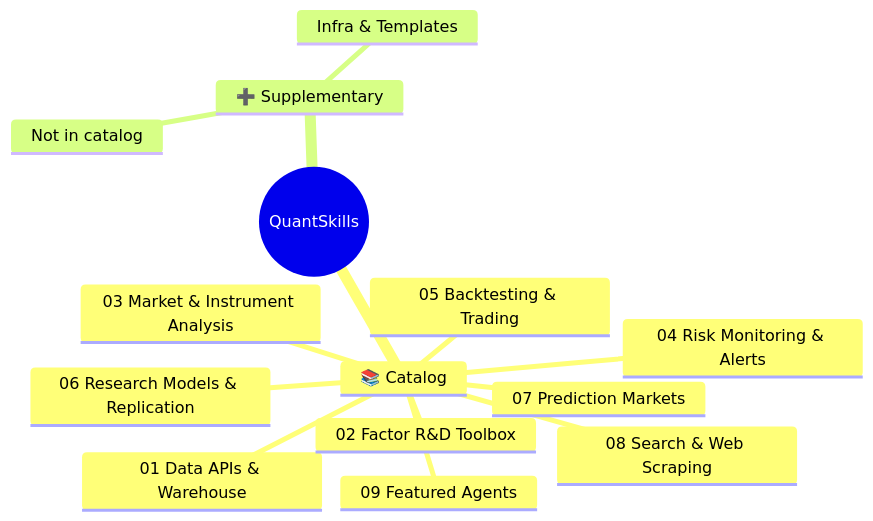
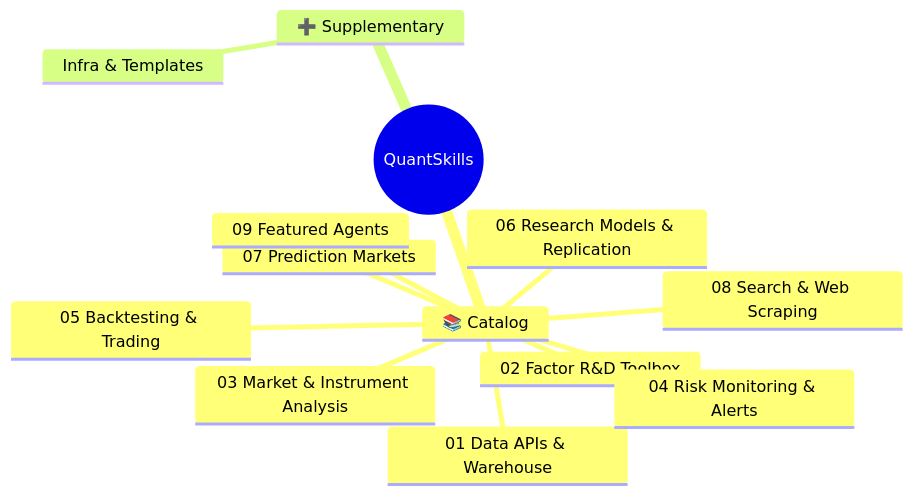
Before and after one commit to quantskills/quantskills: the diagram in README.en.md, drawn with Mermaid. The commit also changed other lines of this file and 2 other files, not shown here.

````diff
--- a/README.en.md
+++ b/README.en.md
@@ -14,17 +14,16 @@
 ```mermaid
 mindmap
   root((QuantSkills))
     📚 Catalog
       01 Data APIs & Warehouse
       02 Factor R&D Toolbox
       03 Market & Instrument Analysis
       04 Risk Monitoring & Alerts
       05 Backtesting & Trading
       06 Research Models & Replication
       07 Prediction Markets
       08 Search & Web Scraping
       09 Featured Agents
     ➕ Supplementary
-      Not in catalog
       Infra & Templates
 ```
````
